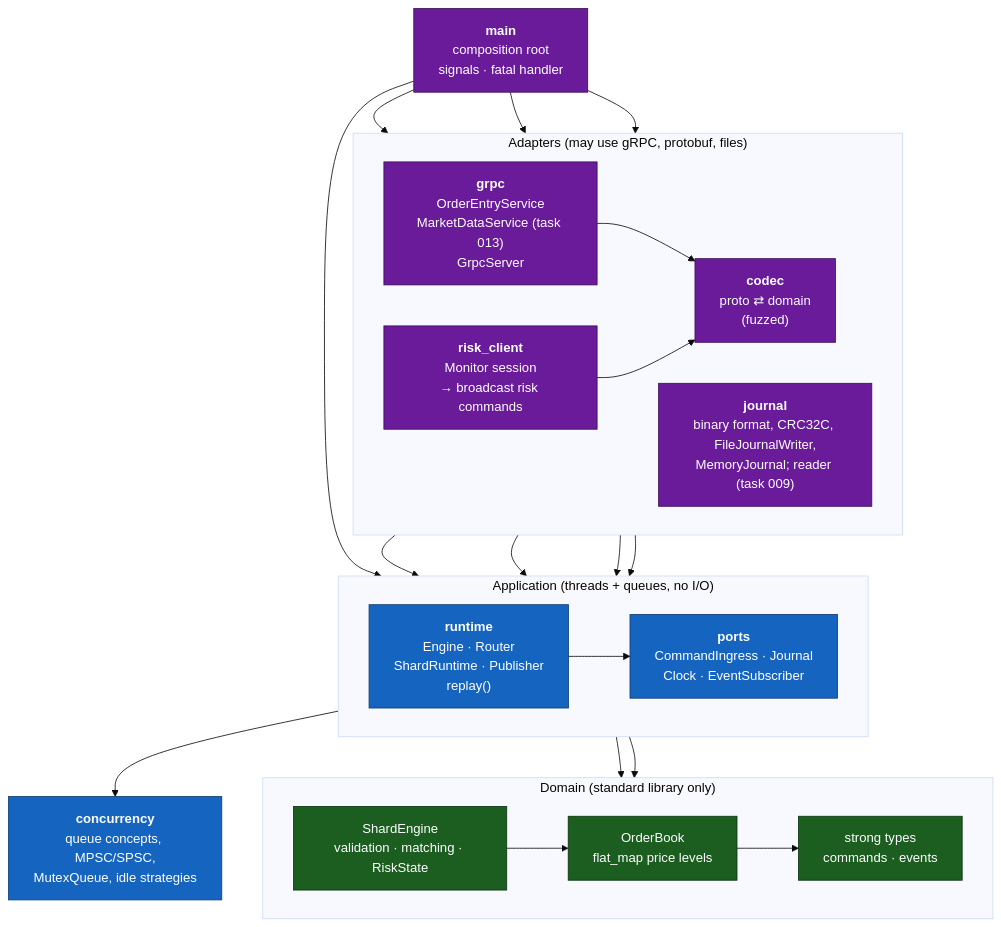
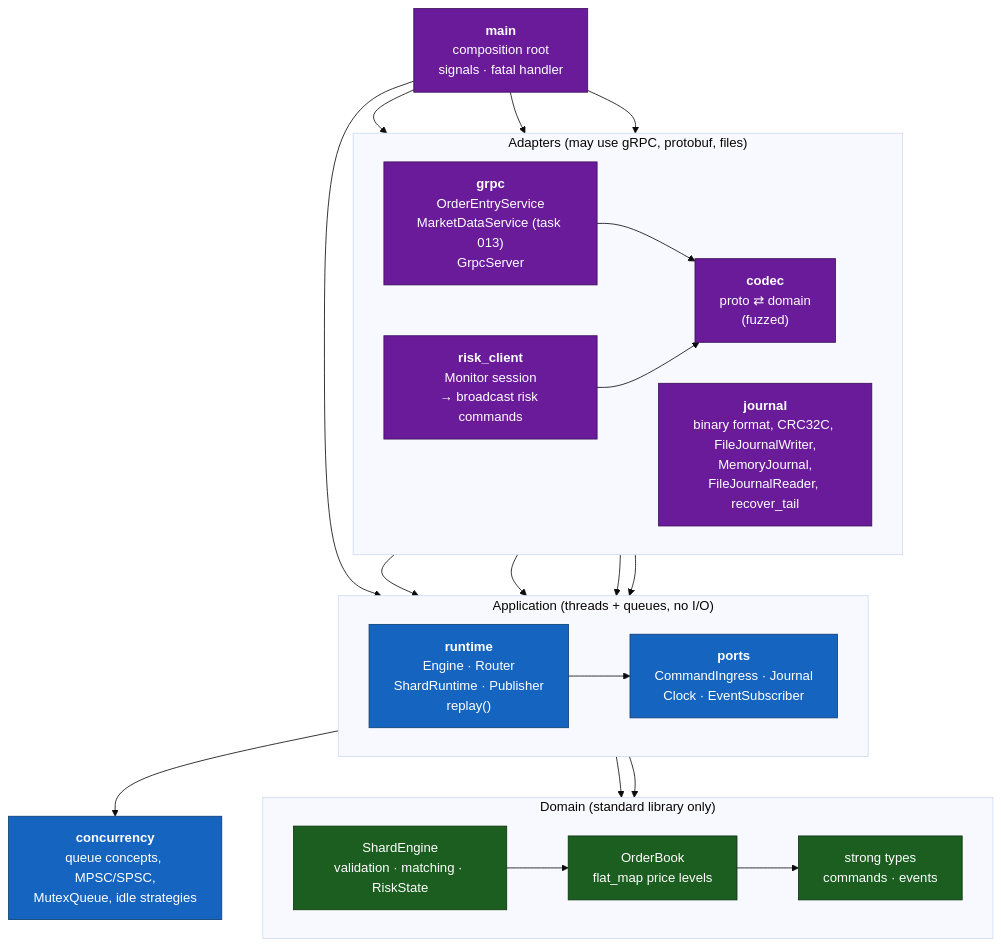
One commit to Tomek52/lockstep-exchange changed the second of 2 diagrams in docs/architecture/c4-container.md. Above: the diagram before and after it, drawn with Mermaid (base theme). The commit also changed 2 other files, not shown here.

Commit message:
docs: mark task 009 done and update journal status
Task: 009

````diff
--- a/docs/architecture/c4-container.md
+++ b/docs/architecture/c4-container.md
@@ -45,46 +45,46 @@
 ```mermaid
 flowchart TB
     subgraph adapters["Adapters  (may use gRPC, protobuf, files)"]
         direction LR
         grpc["<b>grpc</b><br/>OrderEntryService<br/>MarketDataService (task 013)<br/>GrpcServer"]
         risk["<b>risk_client</b><br/>Monitor session<br/>→ broadcast risk commands"]
         codec["<b>codec</b><br/>proto ⇄ domain<br/>(fuzzed)"]
-        jrnl["<b>journal</b><br/>binary format, CRC32C, FileJournalWriter,<br/>MemoryJournal; reader (task 009)"]
+        jrnl["<b>journal</b><br/>binary format, CRC32C, FileJournalWriter,<br/>MemoryJournal,<br/>FileJournalReader, recover_tail"]
     end
 
     subgraph app["Application  (threads + queues, no I/O)"]
         direction LR
         ports["<b>ports</b><br/>CommandIngress · Journal<br/>Clock · EventSubscriber"]
         runtime["<b>runtime</b><br/>Engine · Router<br/>ShardRuntime · Publisher<br/>replay()"]
     end
 
     conc["<b>concurrency</b><br/>queue concepts, MPSC/SPSC,<br/>MutexQueue, idle strategies"]
 
     subgraph domain["Domain  (standard library only)"]
         direction LR
         types["strong types<br/>commands · events"]
         book["OrderBook<br/>flat_map price levels"]
         engine["ShardEngine<br/>validation · matching · RiskState"]
     end
 
     main["<b>main</b><br/>composition root<br/>signals · fatal handler"]
 
     main --> grpc & risk & jrnl & runtime
     grpc --> codec --> ports
     risk --> codec
     grpc --> ports
     risk --> ports
     jrnl --> ports
     runtime --> ports
     runtime --> conc
     runtime --> engine
     ports --> types
     engine --> book --> types
 
     classDef dom fill:#1b5e20,color:#fff,stroke:#0d3311
     classDef ap fill:#1565c0,color:#fff,stroke:#0d3d73
     classDef ad fill:#6a1b9a,color:#fff,stroke:#3d0f59
     class types,book,engine dom
     class ports,runtime,conc ap
     class grpc,risk,codec,jrnl,main ad
 ```
````
